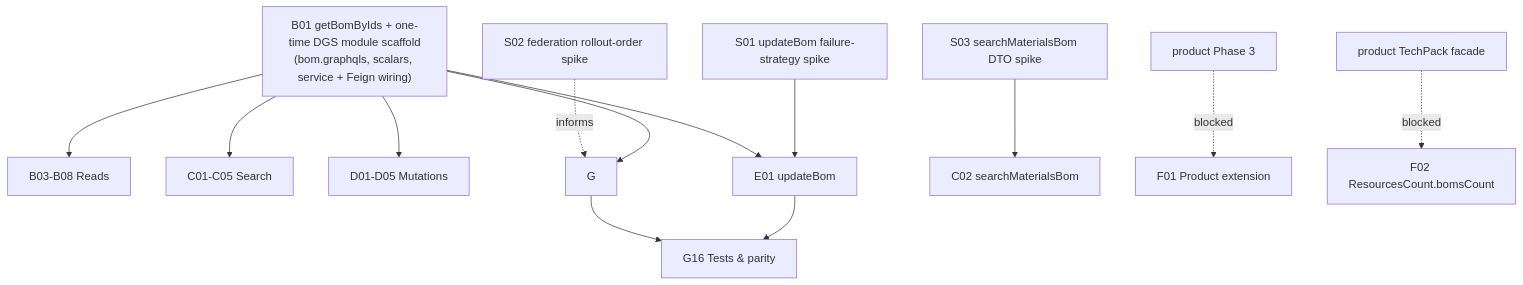
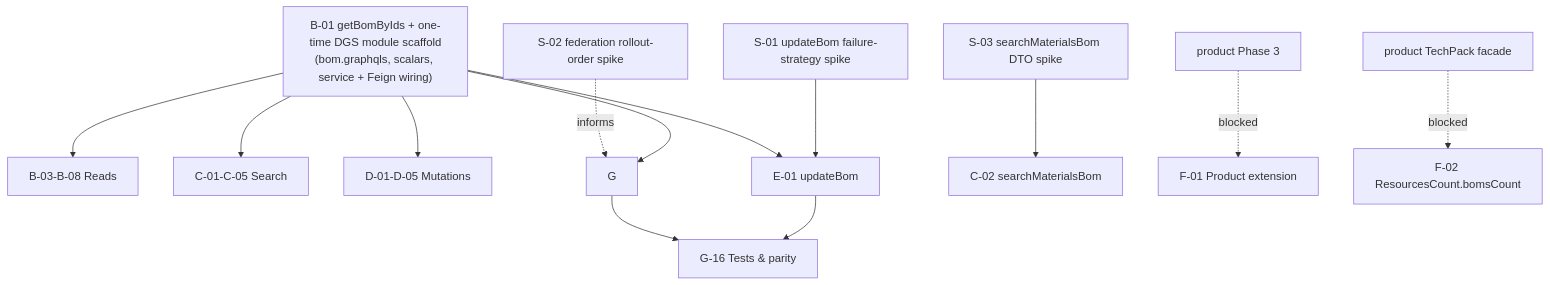
Before and after one commit to SarithaMathai/migration: the diagram in output/initial-analysis/bom/04-stories.md, drawn with Mermaid. The commit also changed other lines of this file and 151 other files, not shown here.

````diff
--- a/output/initial-analysis/bom/04-stories.md
+++ b/output/initial-analysis/bom/04-stories.md
@@ -50,12 +50,12 @@
 ```mermaid
 graph TD
-  B01["B01 getBomByIds + one-time DGS module scaffold\n(bom.graphqls, scalars, service + Feign wiring)"] --> B[B03-B08 Reads] & C[C01-C05 Search] & D[D01-D05 Mutations] & E01[E01 updateBom]
-  S01[S01 updateBom failure-strategy spike] --> E01
-  S02[S02 federation rollout-order spike] -.informs.-> G
-  S03[S03 searchMaterialsBom DTO spike] --> C02[C02 searchMaterialsBom]
+  B01["B-01 getBomByIds + one-time DGS module scaffold\n(bom.graphqls, scalars, service + Feign wiring)"] --> B[B-03-B-08 Reads] & C[C-01-C-05 Search] & D[D-01-D-05 Mutations] & E01[E-01 updateBom]
+  S01[S-01 updateBom failure-strategy spike] --> E01
+  S02[S-02 federation rollout-order spike] -.informs.-> G
+  S03[S-03 searchMaterialsBom DTO spike] --> C02[C-02 searchMaterialsBom]
   B01 --> G
-  G --> G16[G16 Tests & parity]
+  G --> G16[G-16 Tests & parity]
   E01 --> G16
-  PROD[product Phase 3] -.blocked.-> F01[F01 Product extension]
-  PRODF[product TechPack facade] -.blocked.-> F02[F02 ResourcesCount.bomsCount]
+  PROD[product Phase 3] -.blocked.-> F01[F-01 Product extension]
+  PRODF[product TechPack facade] -.blocked.-> F02[F-02 ResourcesCount.bomsCount]
 ```
````
